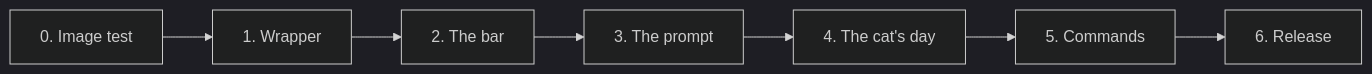
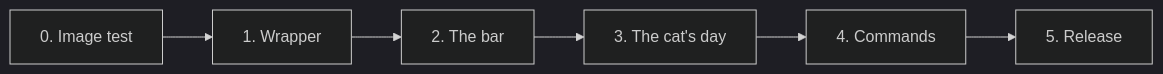
One commit to ado11231/stray changed the diagram in docs/ROADMAP.md. Above: the diagram before and after it, drawn with Mermaid (dark theme). The commit also changed other lines of this file and 2 other files, not shown here.

Commit message:
docs: keep the cat in the bar, drop the prompt phase

````diff
--- a/docs/ROADMAP.md
+++ b/docs/ROADMAP.md
@@ -30,9 +29,8 @@
 ```mermaid
 flowchart LR
     P0["0. Image test"] --> P1["1. Wrapper"]
     P1 --> P2["2. The bar"]
-    P2 --> P3["3. The prompt"]
-    P3 --> P4["4. The cat's day"]
-    P4 --> P5["5. Commands"]
-    P5 --> P6["6. Release"]
+    P2 --> P3["3. The cat's day"]
+    P3 --> P4["4. Commands"]
+    P4 --> P5["5. Release"]
 ```
````
